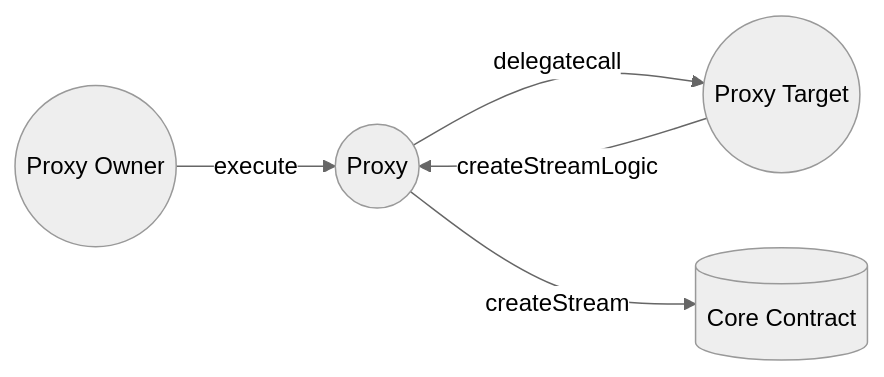
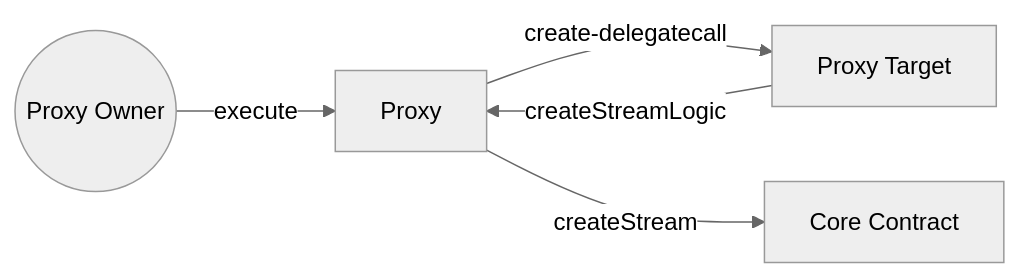
The diagram in docs/contracts/v2/guides/proxy-architecture/01-overview.mdx (sablier-labs/docs), drawn with Mermaid (neutral theme) before and after one commit.

Commit message:
refactor: rename diagram nodes

````diff
--- a/docs/contracts/v2/guides/proxy-architecture/01-overview.mdx
+++ b/docs/contracts/v2/guides/proxy-architecture/01-overview.mdx
@@ -31,12 +31,10 @@
 ```mermaid
 flowchart LR;
-    proxyOwner((Proxy Owner));
-    proxy((Proxy));
-    proxyTarget((Proxy Target))
-    coreContract[(Core Contract)];
 
-    proxyOwner-- execute -->proxy;
-    proxy-- delegatecall -->proxyTarget;
-    proxyTarget-- createStreamLogic -->proxy
-    proxy-- createStream -->coreContract;
+    PO((Proxy Owner))-- "execute" -->P;
+    P[Proxy];
+    PT[Proxy Target]
+    P-- "create-delegatecall" -->PT;
+    PT-- "createStreamLogic" -->P
+    P-- "createStream" -->CC[Core Contract];
 ```
````
